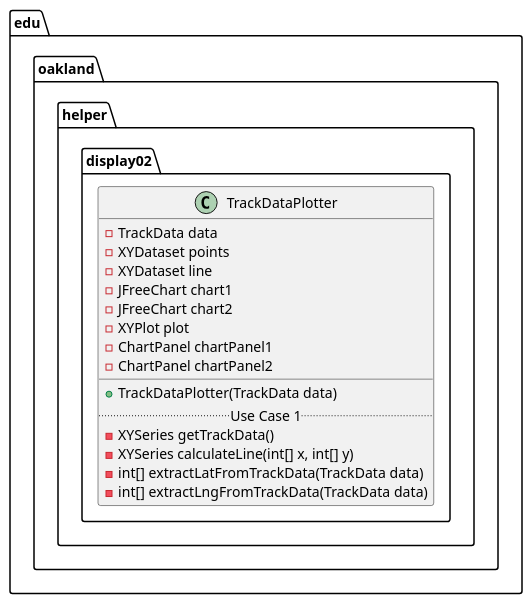
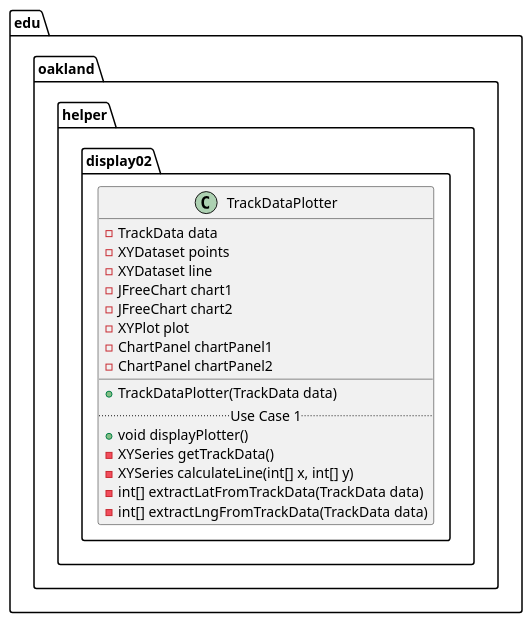
The diagram in docs/uml-class-diagrams/display02/helper/TrackDataPlotter/TrackDataPlotter.puml (andrewdimmer/csi-3370-software-project), drawn with PlantUML before and after one commit.

```diff
--- a/docs/uml-class-diagrams/display02/helper/TrackDataPlotter/TrackDataPlotter.puml
+++ b/docs/uml-class-diagrams/display02/helper/TrackDataPlotter/TrackDataPlotter.puml
@@ -1,23 +1,24 @@
 @startuml TrackDataPlotter
 
 package edu.oakland.helper.display02 {
     class TrackDataPlotter {
         - TrackData data
         - XYDataset points
         - XYDataset line
         - JFreeChart chart1
         - JFreeChart chart2
         - XYPlot plot
         - ChartPanel chartPanel1
         - ChartPanel chartPanel2
         __
         + TrackDataPlotter(TrackData data)
         .. Use Case 1 ..
+        + void displayPlotter()
         - XYSeries getTrackData()
         - XYSeries calculateLine(int[] x, int[] y)
         - int[] extractLatFromTrackData(TrackData data)
         - int[] extractLngFromTrackData(TrackData data)
     }
 }
 
 @enduml
```
